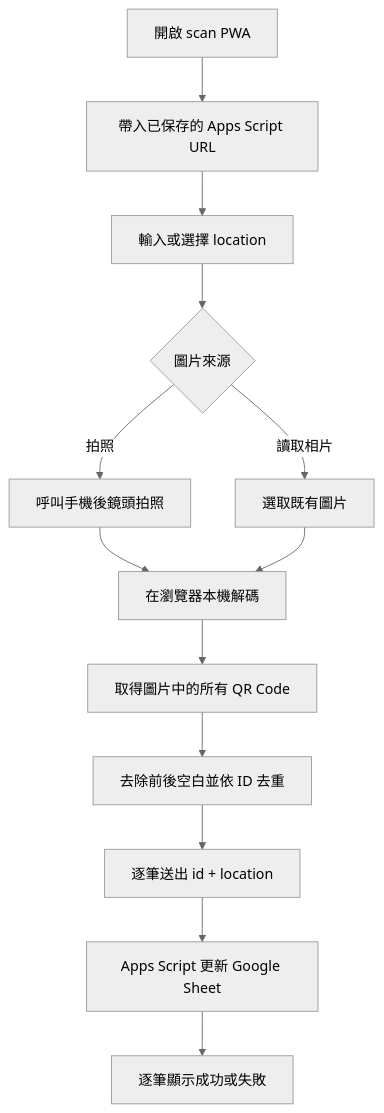
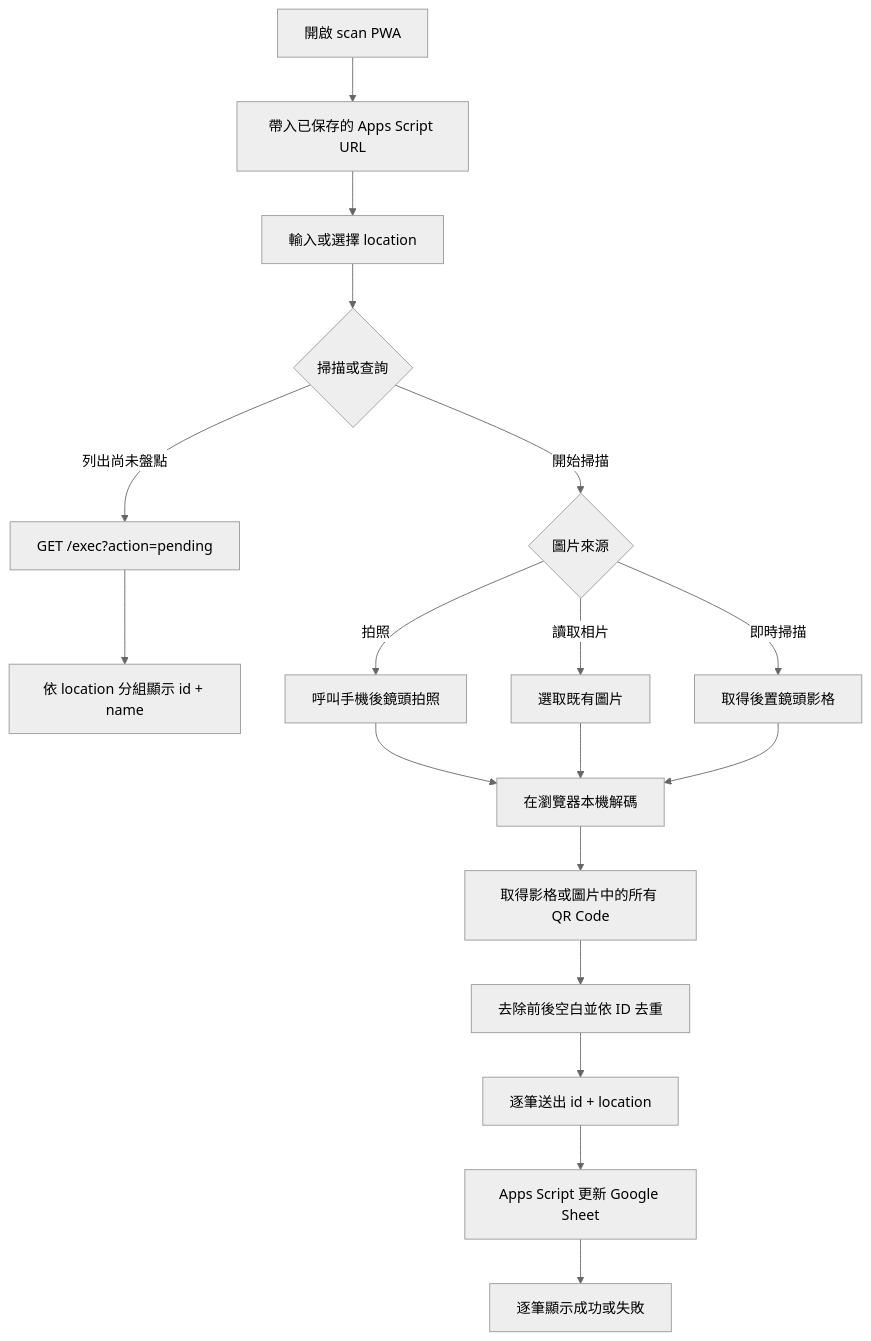
The fifth of 5 diagrams in docs/architecture.md (pulipulichen/Mobile-Inventory-Scanner), drawn with Mermaid (neutral theme) before and after one commit. The commit also changed other lines of this file and 63 other files, not shown here.

````diff
--- a/docs/architecture.md
+++ b/docs/architecture.md
@@ -239,15 +245,20 @@
 ```mermaid
 flowchart TB
     A["開啟 scan PWA"] --> B["帶入已保存的 Apps Script URL"]
     B --> C["輸入或選擇 location"]
-    C --> D{"圖片來源"}
-    D -->|"拍照"| E["呼叫手機後鏡頭拍照"]
-    D -->|"讀取相片"| F["選取既有圖片"]
-    E --> G["在瀏覽器本機解碼"]
-    F --> G
-    G --> H["取得圖片中的所有 QR Code"]
-    H --> I["去除前後空白並依 ID 去重"]
-    I --> J["逐筆送出 id + location"]
-    J --> K["Apps Script 更新 Google Sheet"]
-    K --> L["逐筆顯示成功或失敗"]
+    C --> D{"掃描或查詢"}
+    D -->|"列出尚未盤點"| E["GET /exec?action=pending"]
+    E --> F["依 location 分組顯示 id + name"]
+    D -->|"開始掃描"| G{"圖片來源"}
+    G -->|"拍照"| H["呼叫手機後鏡頭拍照"]
+    G -->|"讀取相片"| I["選取既有圖片"]
+    G -->|"即時掃描"| J["取得後置鏡頭影格"]
+    H --> K["在瀏覽器本機解碼"]
+    I --> K
+    J --> K
+    K --> L["取得影格或圖片中的所有 QR Code"]
+    L --> M["去除前後空白並依 ID 去重"]
+    M --> N["逐筆送出 id + location"]
+    N --> O["Apps Script 更新 Google Sheet"]
+    O --> P["逐筆顯示成功或失敗"]
 ```
````
